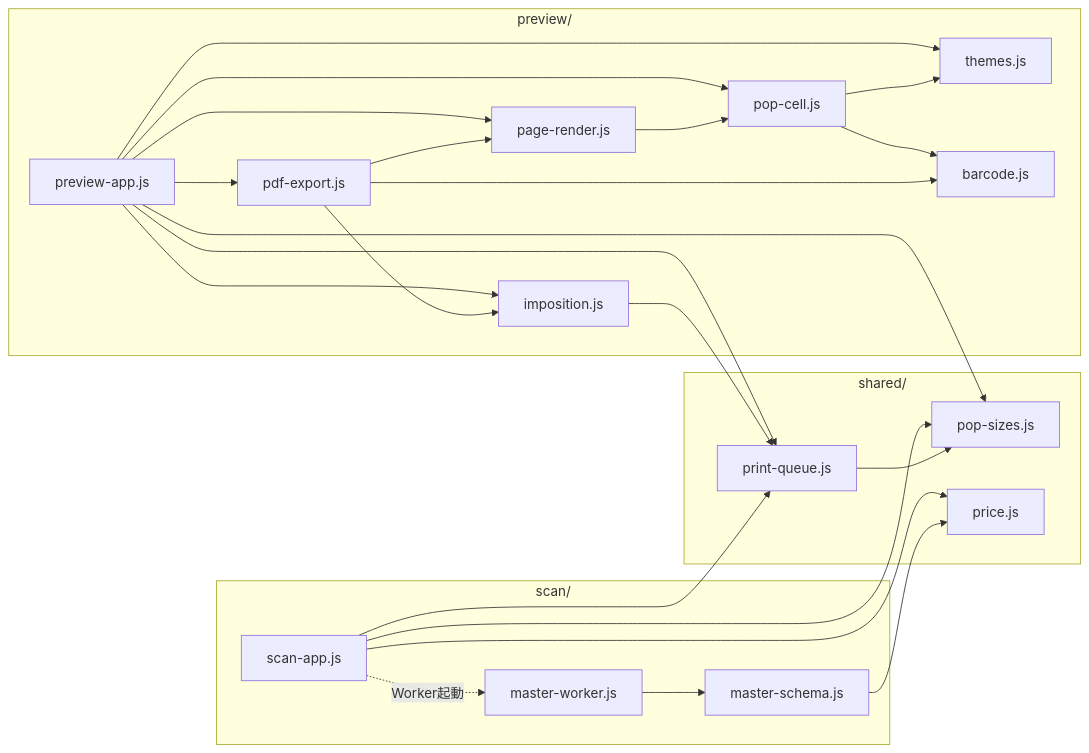
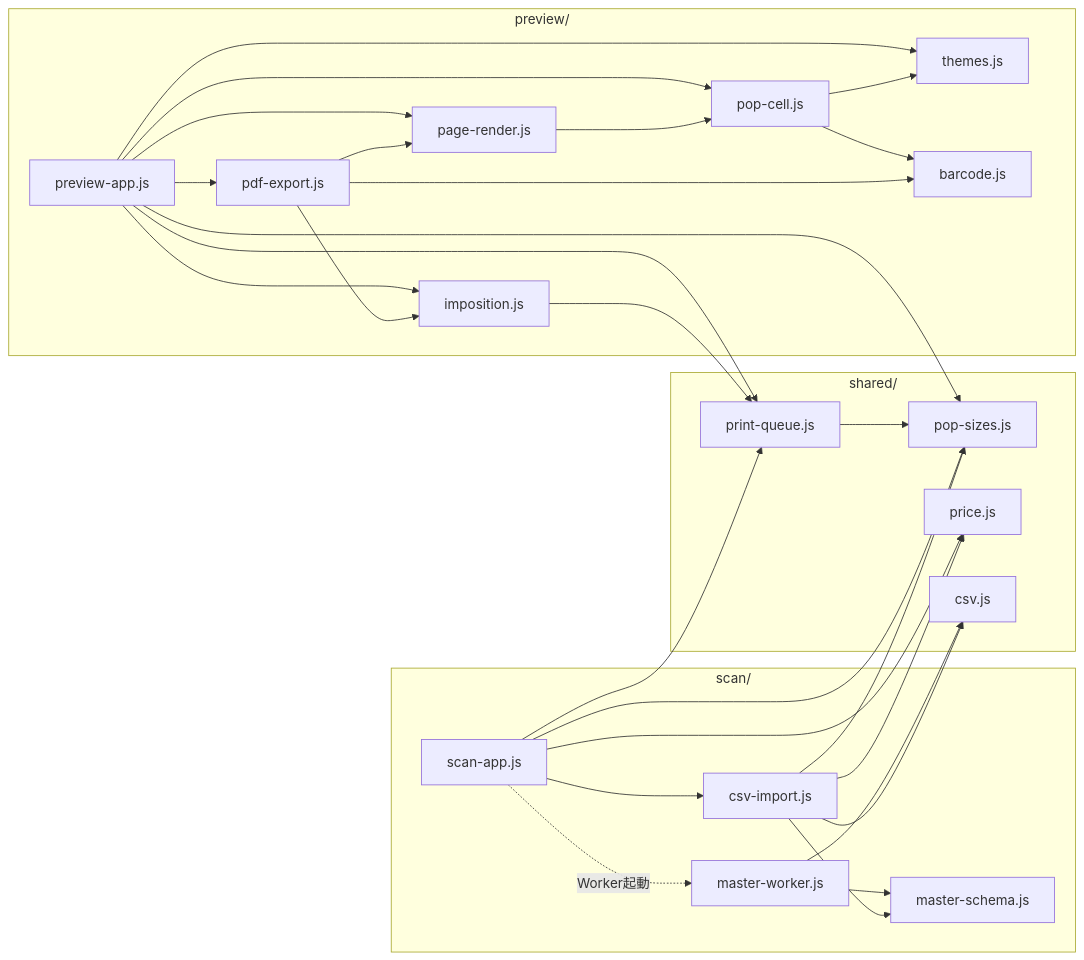
One commit to tana31/pop-system-document changed the second of 2 diagrams in POP作成システム_技術ドキュメント.md. Above: the diagram before and after it, drawn with Mermaid. The commit also changed other lines of this file, not shown here.

````diff
--- a/POP作成システム_技術ドキュメント.md
+++ b/POP作成システム_技術ドキュメント.md
@@ -252,39 +414,44 @@
 ```mermaid
 flowchart LR
   subgraph shared[shared/]
     PS[pop-sizes.js]
     PR[price.js]
     PQ[print-queue.js]
+    CS[csv.js]
   end
   subgraph scan[scan/]
     SA[scan-app.js] -. Worker起動 .-> MW[master-worker.js] --> MS[master-schema.js]
+    SA --> CI[csv-import.js] --> MS
   end
   subgraph preview[preview/]
     PA[preview-app.js]
     TH[themes.js]
     IM[imposition.js]
     RE[page-render.js]
     CE[pop-cell.js]
     BC[barcode.js]
     PE[pdf-export.js]
     PA --> TH
     PA --> IM
     PA --> RE
     PA --> CE
     PA --> PE
     RE --> CE
     CE --> TH
     CE --> BC
     PE --> IM
     PE --> RE
     PE --> BC
   end
   SA --> PS
   SA --> PR
   SA --> PQ
-  MS --> PR
+  MW --> CS
+  CI --> CS
+  CI --> PS
+  CI --> PR
   PQ --> PS
   PA --> PS
   PA --> PQ
   IM --> PQ
 ```
````
